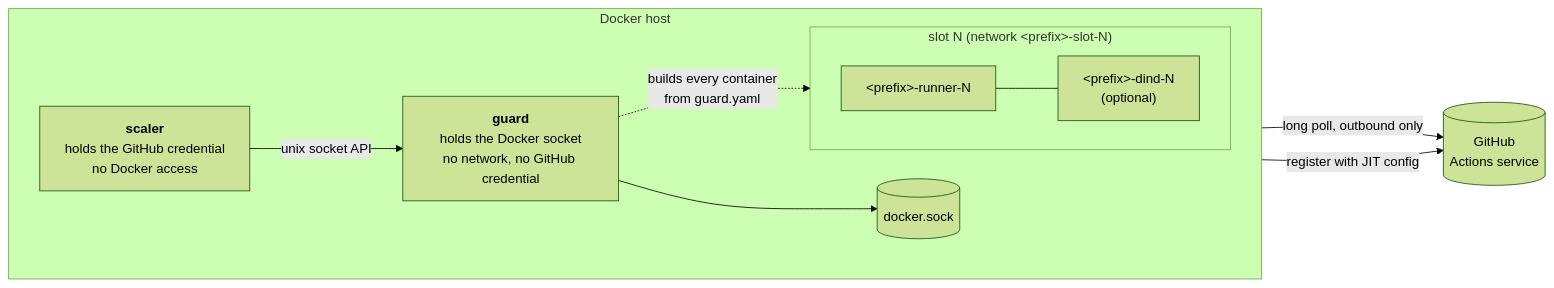
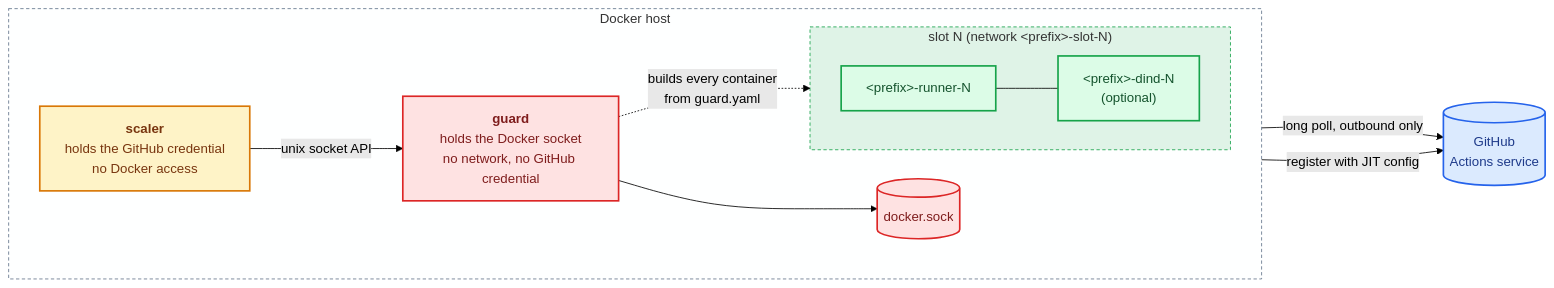
One commit to MacLeodTech/runner-scaling changed the first of 3 diagrams in README.md. Above: the diagram before and after it, drawn with Mermaid (forest theme). The commit also changed other lines of this file, not shown here.

Commit message:
README: colour the mermaid diagrams

````diff
--- a/README.md
+++ b/README.md
@@ -15,20 +15,27 @@
 ```mermaid
 flowchart LR
-    GH[("GitHub<br/>Actions service")]
+    GH[("GitHub<br/>Actions service")]:::ext
     subgraph host["Docker host"]
         direction LR
-        S["<b>scaler</b><br/>holds the GitHub credential<br/>no Docker access"]
-        G["<b>guard</b><br/>holds the Docker socket<br/>no network, no GitHub credential"]
-        D[("docker.sock")]
+        S["<b>scaler</b><br/>holds the GitHub credential<br/>no Docker access"]:::net
+        G["<b>guard</b><br/>holds the Docker socket<br/>no network, no GitHub credential"]:::priv
+        D[("docker.sock")]:::priv
         subgraph slot["slot N (network &lt;prefix&gt;-slot-N)"]
-            R["&lt;prefix&gt;-runner-N"]
-            DIND["&lt;prefix&gt;-dind-N<br/>(optional)"]
+            R["&lt;prefix&gt;-runner-N"]:::job
+            DIND["&lt;prefix&gt;-dind-N<br/>(optional)"]:::job
         end
     end
     S -- "long poll, outbound only" --> GH
     S -- "unix socket API" --> G
     G --> D
     G -. "builds every container<br/>from guard.yaml" .-> slot
     R -- "register with JIT config" --> GH
     R --- DIND
+
+    classDef ext fill:#dbeafe,stroke:#2563eb,stroke-width:2px,color:#1e3a8a
+    classDef net fill:#fef3c7,stroke:#d97706,stroke-width:2px,color:#78350f
+    classDef priv fill:#fee2e2,stroke:#dc2626,stroke-width:2px,color:#7f1d1d
+    classDef job fill:#dcfce7,stroke:#16a34a,stroke-width:2px,color:#14532d
+    style host fill:#f8fafc22,stroke:#64748b,stroke-dasharray:4 3
+    style slot fill:#16a34a22,stroke:#16a34a,stroke-dasharray:4 3
 ```
````
